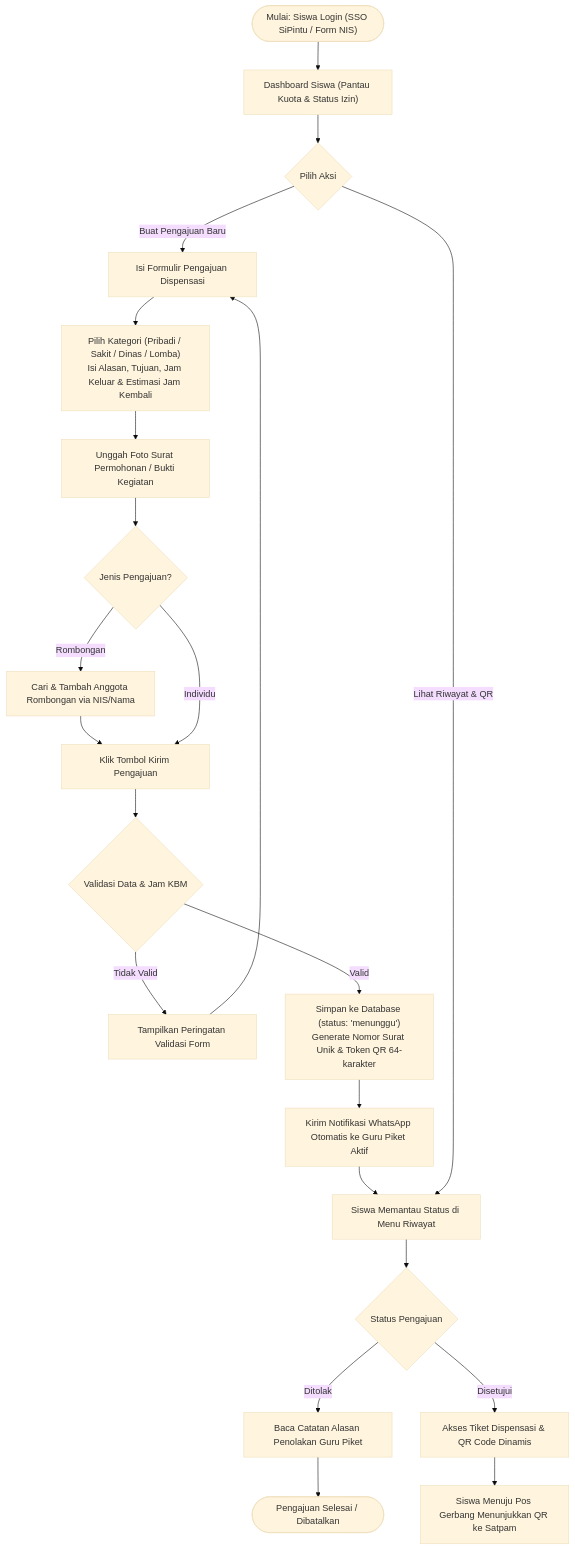
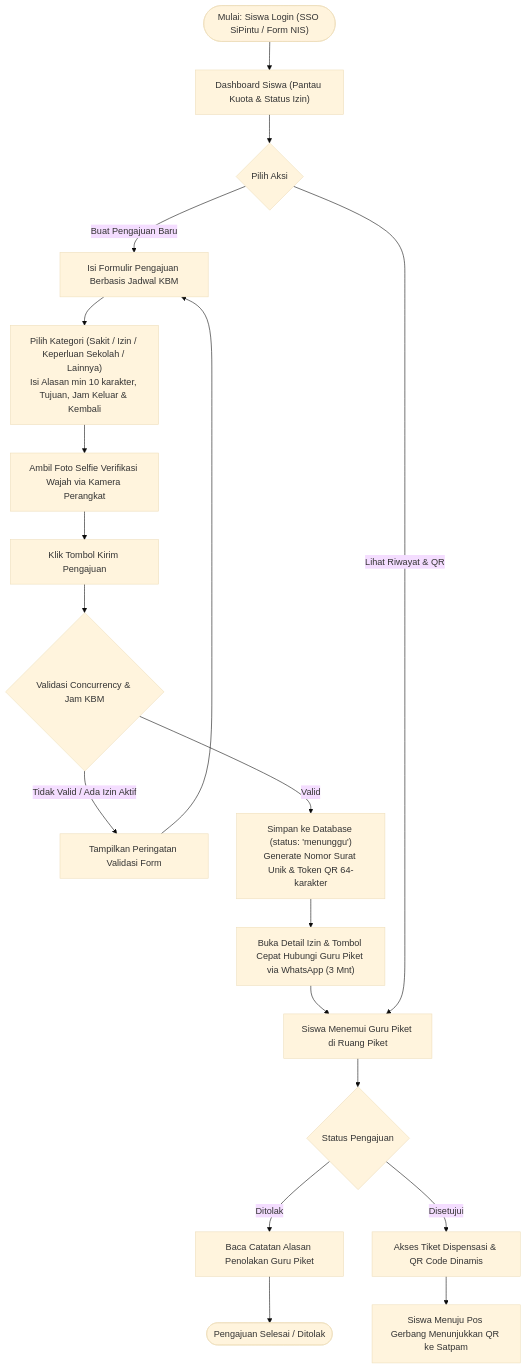
One commit to Zainal29/Didispen changed the first of 4 diagrams in README.md. Above: the diagram before and after it, drawn with Mermaid (base theme). The commit also changed other lines of this file and 3 other files, not shown here.

Commit message:
feat : perbarui README & FLOWCHART & ERD & SCRUM

````diff
--- a/README.md
+++ b/README.md
@@ -56,32 +56,28 @@
 ```mermaid
 flowchart TD
     StartSiswa(["Mulai: Siswa Login (SSO SiPintu / Form NIS)"]) --> DashSiswa["Dashboard Siswa (Pantau Kuota & Status Izin)"]
     DashSiswa --> ActionSiswa{Pilih Aksi}
 
     %% Pengajuan Baru
-    ActionSiswa -- "Buat Pengajuan Baru" --> FormPengajuan["Isi Formulir Pengajuan Dispensasi"]
-    FormPengajuan --> InputDetail["Pilih Kategori (Pribadi / Sakit / Dinas / Lomba)<br/>Isi Alasan, Tujuan, Jam Keluar & Estimasi Jam Kembali"]
-    InputDetail --> UploadBukti["Unggah Foto Surat Permohonan / Bukti Kegiatan"]
-    UploadBukti --> CheckRombongan{"Jenis Pengajuan?"}
+    ActionSiswa -- "Buat Pengajuan Baru" --> FormPengajuan["Isi Formulir Pengajuan Berbasis Jadwal KBM"]
+    FormPengajuan --> InputDetail["Pilih Kategori (Sakit / Izin / Keperluan Sekolah / Lainnya)<br/>Isi Alasan min 10 karakter, Tujuan, Jam Keluar & Kembali"]
+    InputDetail --> SnapSelfie["Ambil Foto Selfie Verifikasi Wajah via Kamera Perangkat"]
+    SnapSelfie --> SubmitIzin["Klik Tombol Kirim Pengajuan"]
     
-    CheckRombongan -- "Rombongan" --> SearchSiswa["Cari & Tambah Anggota Rombongan via NIS/Nama"]
-    SearchSiswa --> SubmitIzin["Klik Tombol Kirim Pengajuan"]
-    CheckRombongan -- "Individu" --> SubmitIzin
-    
-    SubmitIzin --> ValidasiForm{"Validasi Data & Jam KBM"}
-    ValidasiForm -- "Tidak Valid" --> ShowError["Tampilkan Peringatan Validasi Form"]
+    SubmitIzin --> ValidasiForm{"Validasi Concurrency & Jam KBM"}
+    ValidasiForm -- "Tidak Valid / Ada Izin Aktif" --> ShowError["Tampilkan Peringatan Validasi Form"]
     ShowError --> FormPengajuan
     ValidasiForm -- "Valid" --> SimpanDB["Simpan ke Database (status: 'menunggu')<br/>Generate Nomor Surat Unik & Token QR 64-karakter"]
-    SimpanDB --> WANotifGuru["Kirim Notifikasi WhatsApp Otomatis ke Guru Piket Aktif"]
+    SimpanDB --> TombolWA["Buka Detail Izin & Tombol Cepat Hubungi Guru Piket via WhatsApp (3 Mnt)"]
     
     %% Riwayat & QR
-    WANotifGuru --> MonitorStatus["Siswa Memantau Status di Menu Riwayat"]
+    TombolWA --> MonitorStatus["Siswa Menemui Guru Piket di Ruang Piket"]
     ActionSiswa -- "Lihat Riwayat & QR" --> MonitorStatus
     
     MonitorStatus --> CekStatus{"Status Pengajuan"}
     CekStatus -- "Ditolak" --> BacaAlasan["Baca Catatan Alasan Penolakan Guru Piket"]
-    BacaAlasan --> SelesaiDitolak(["Pengajuan Selesai / Dibatalkan"])
+    BacaAlasan --> SelesaiDitolak(["Pengajuan Selesai / Ditolak"])
     
     CekStatus -- "Disetujui" --> BukaQR["Akses Tiket Dispensasi & QR Code Dinamis"]
     BukaQR --> KeGerbang["Siswa Menuju Pos Gerbang Menunjukkan QR ke Satpam"]
 ```
````
